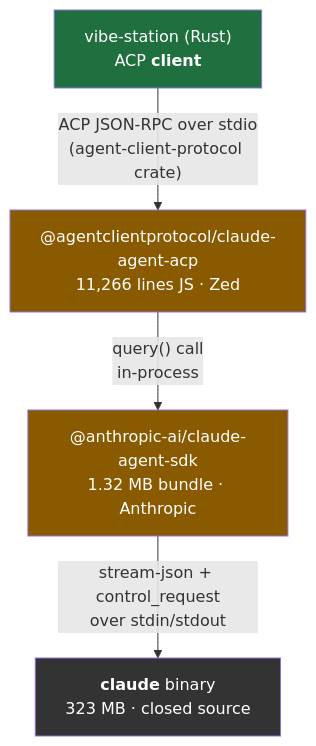
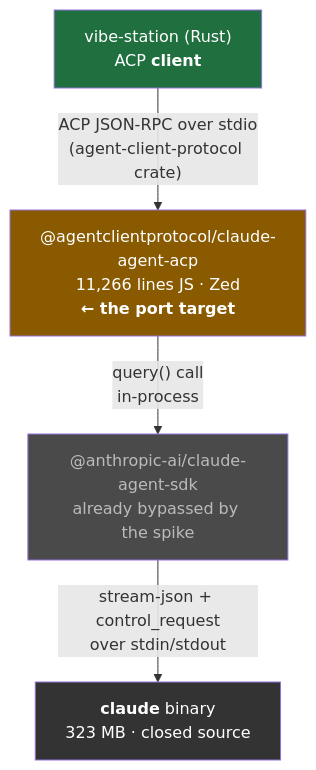
The first of 5 diagrams in EVALUATION.md (fastestdevalive/claude-agent-acp), drawn with Mermaid before and after one commit. The commit also changed other lines of this file, not shown here.

First line of the commit message:
Take SDK bypass as settled; drop it as an open consideration

````diff
--- a/EVALUATION.md
+++ b/EVALUATION.md
@@ -32,16 +47,16 @@
 ```mermaid
 flowchart TD
     VS["vibe-station (Rust)<br/>ACP <b>client</b>"]
-    ADP["@agentclientprotocol/claude-agent-acp<br/>11,266 lines JS · Zed"]
-    SDK["@anthropic-ai/claude-agent-sdk<br/>1.32 MB bundle · Anthropic"]
+    ADP["@agentclientprotocol/claude-agent-acp<br/>11,266 lines JS · Zed<br/><b>← the port target</b>"]
+    SDK["@anthropic-ai/claude-agent-sdk<br/>already bypassed by the spike"]
     CLI["<b>claude</b> binary<br/>323 MB · closed source"]
 
     VS -->|"ACP JSON-RPC over stdio<br/>(agent-client-protocol crate)"| ADP
     ADP -->|"query() call<br/>in-process"| SDK
     SDK -->|"stream-json + control_request<br/>over stdin/stdout"| CLI
 
     style VS fill:#1f6f3f,color:#fff
     style ADP fill:#8a5a00,color:#fff
-    style SDK fill:#8a5a00,color:#fff
+    style SDK fill:#4a4a4a,color:#bbb
     style CLI fill:#333,color:#fff
 ```
````
